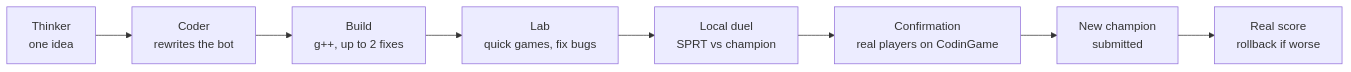
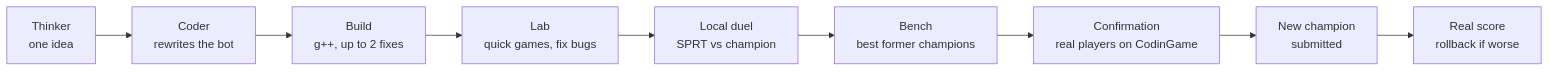
The second of 2 diagrams in README.md (FrqSalah/CodinGame-Agent), drawn with Mermaid before and after one commit. The commit also changed other lines of this file and 8 other files, not shown here.

First line of the commit message:
feat(bench): judge candidates against the best former champions too

````diff
--- a/README.md
+++ b/README.md
@@ -60,10 +60,11 @@
 ```mermaid
 flowchart LR
     T["Thinker<br/>one idea"] --> C["Coder<br/>rewrites the bot"]
     C --> B["Build<br/>g++, up to 2 fixes"]
     B --> L["Lab<br/>quick games, fix bugs"]
     L --> D["Local duel<br/>SPRT vs champion"]
-    D --> R["Confirmation<br/>real players on CodinGame"]
+    D --> N["Bench<br/>best former champions"]
+    N --> R["Confirmation<br/>real players on CodinGame"]
     R --> K["New champion<br/>submitted"]
     K --> S["Real score<br/>rollback if worse"]
 ```
````
